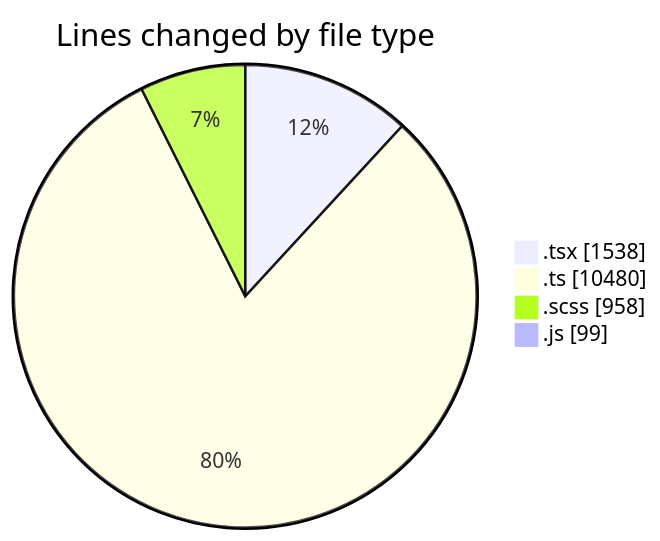
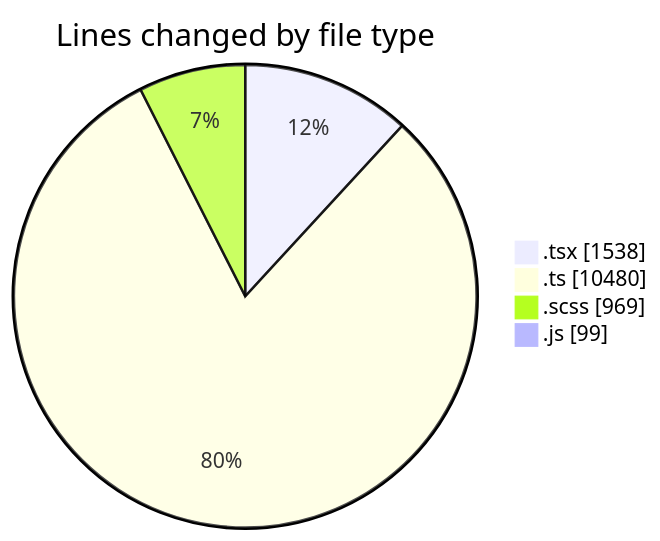
Before and after one commit to momahboobian/code-tracking: the first of 2 diagrams in 2025-03-26/cda/README.md, drawn with Mermaid. The commit also changed other lines of this file and 1 other file, not shown here.

````diff
--- a/2025-03-26/cda/README.md
+++ b/2025-03-26/cda/README.md
@@ -44,8 +44,8 @@
 ```mermaid
 pie showData
 title Lines changed by file type
 ".tsx" : 1538
 ".ts" : 10480
-".scss" : 958
+".scss" : 969
 ".js" : 99
 ```
````
